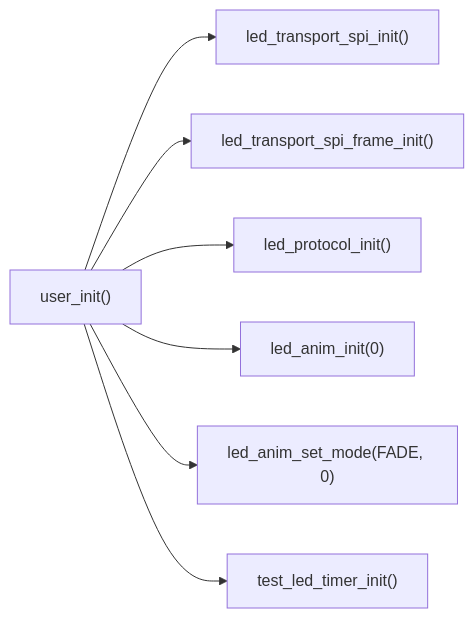
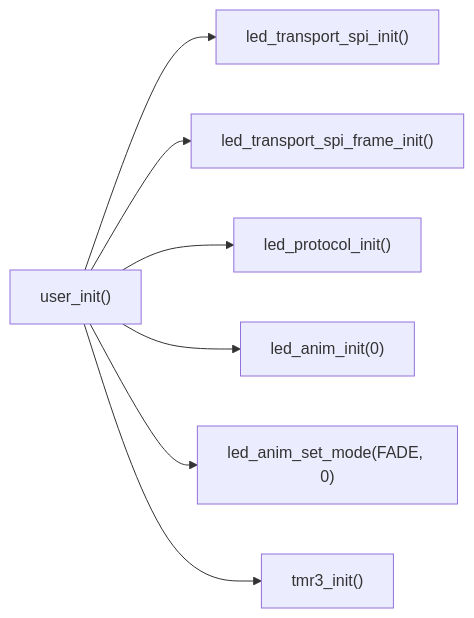
Before and after one commit to voidobserve/project-2026-10-22-AB2027A3-SOP16: the third of 6 diagrams in docs/LED三层架构与调用逻辑.md, drawn with Mermaid. The commit also changed other lines of this file and 1 other file, not shown here.

First line of the commit message:
feat(led): SPI 帧发送完成改为中断驱动，保留轮询与超时兜底

````diff
--- a/docs/LED三层架构与调用逻辑.md
+++ b/docs/LED三层架构与调用逻辑.md
@@ -154,9 +157,9 @@
 ```mermaid
 flowchart LR
     INIT["user_init()"] --> TR0["led_transport_spi_init()"]
     INIT --> TR1["led_transport_spi_frame_init()"]
     INIT --> PR0["led_protocol_init()"]
     INIT --> AN0["led_anim_init(0)"]
     INIT --> AN1["led_anim_set_mode(FADE, 0)"]
-    INIT --> TM0["test_led_timer_init()"]
+    INIT --> TM0["tmr3_init()"]
 ```
````
